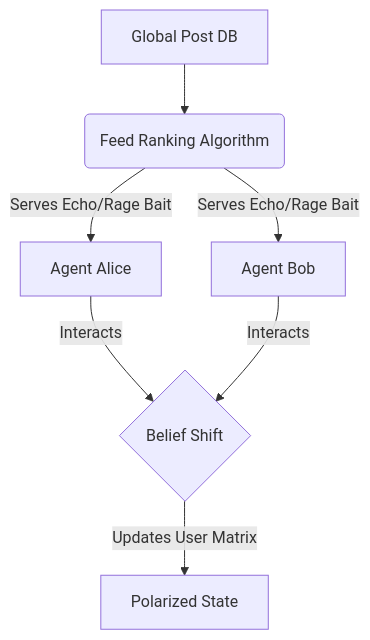
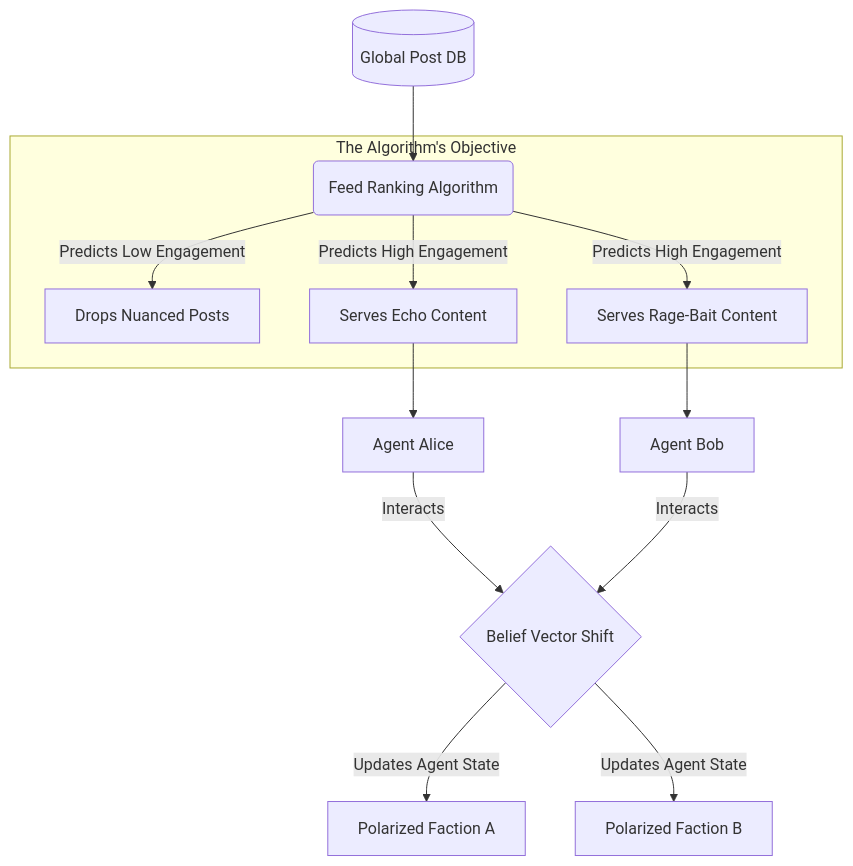
The diagram in README.md (lakshanmuruganandam/echo-simulator), drawn with Mermaid before and after one commit. The commit also changed other lines of this file and 1 other file, not shown here.

````diff
--- a/README.md
+++ b/README.md
@@ -22,9 +36,19 @@
 ```mermaid
 graph TD
-    A[Global Post DB] --> B(Feed Ranking Algorithm)
-    B -->|Serves Echo/Rage Bait| C[Agent Alice]
-    B -->|Serves Echo/Rage Bait| D[Agent Bob]
-    C -->|Interacts| E{Belief Shift}
-    D -->|Interacts| E
-    E -->|Updates User Matrix| F[Polarized State]
+    A[(Global Post DB)] --> B(Feed Ranking Algorithm)
+    
+    subgraph The Algorithm's Objective
+    B -->|Predicts Low Engagement| Z[Drops Nuanced Posts]
+    B -->|Predicts High Engagement| C[Serves Echo Content]
+    B -->|Predicts High Engagement| D[Serves Rage-Bait Content]
+    end
+
+    C --> E[Agent Alice]
+    D --> F[Agent Bob]
+    
+    E -->|Interacts| G{Belief Vector Shift}
+    F -->|Interacts| G
+    
+    G -->|Updates Agent State| H[Polarized Faction A]
+    G -->|Updates Agent State| I[Polarized Faction B]
 ```
````
